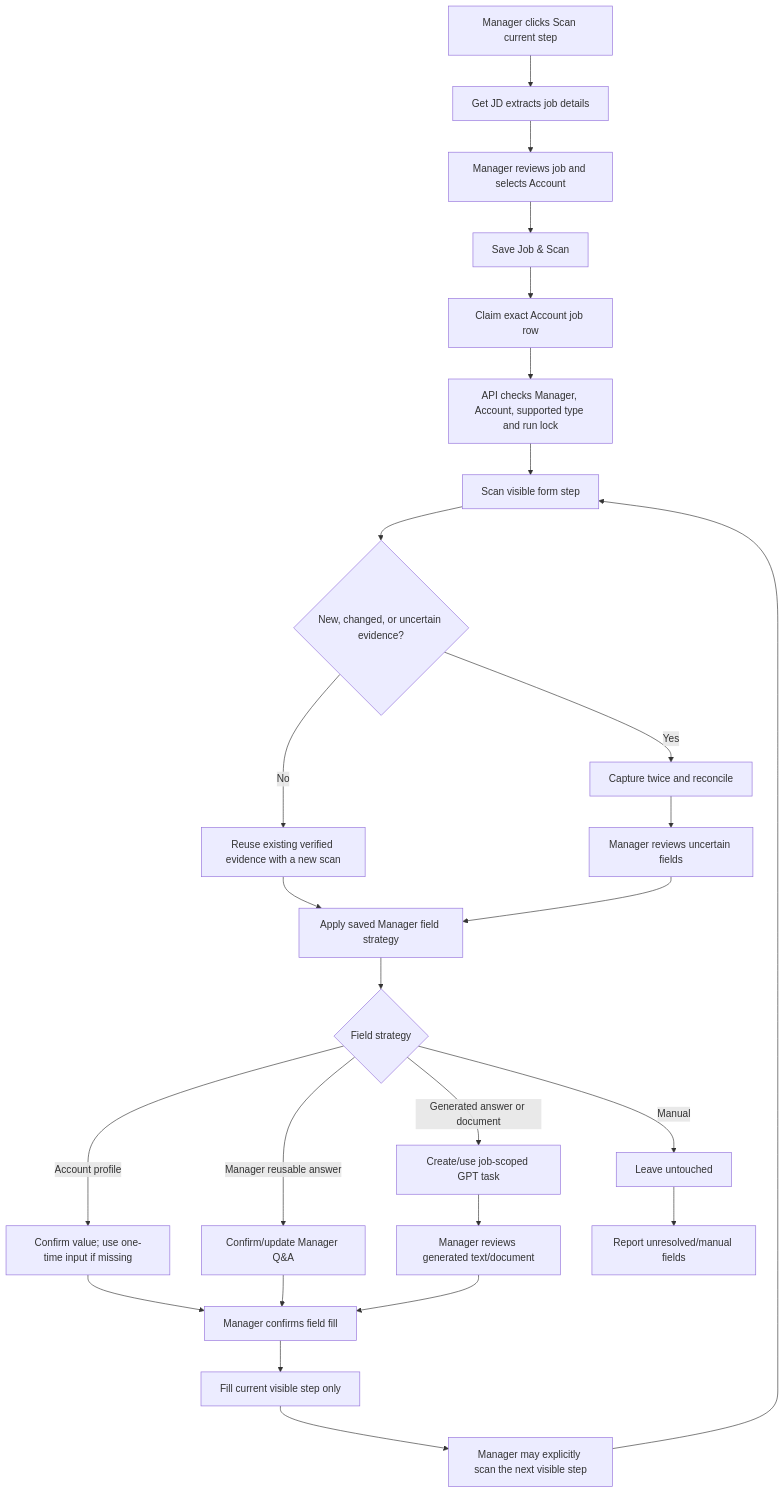
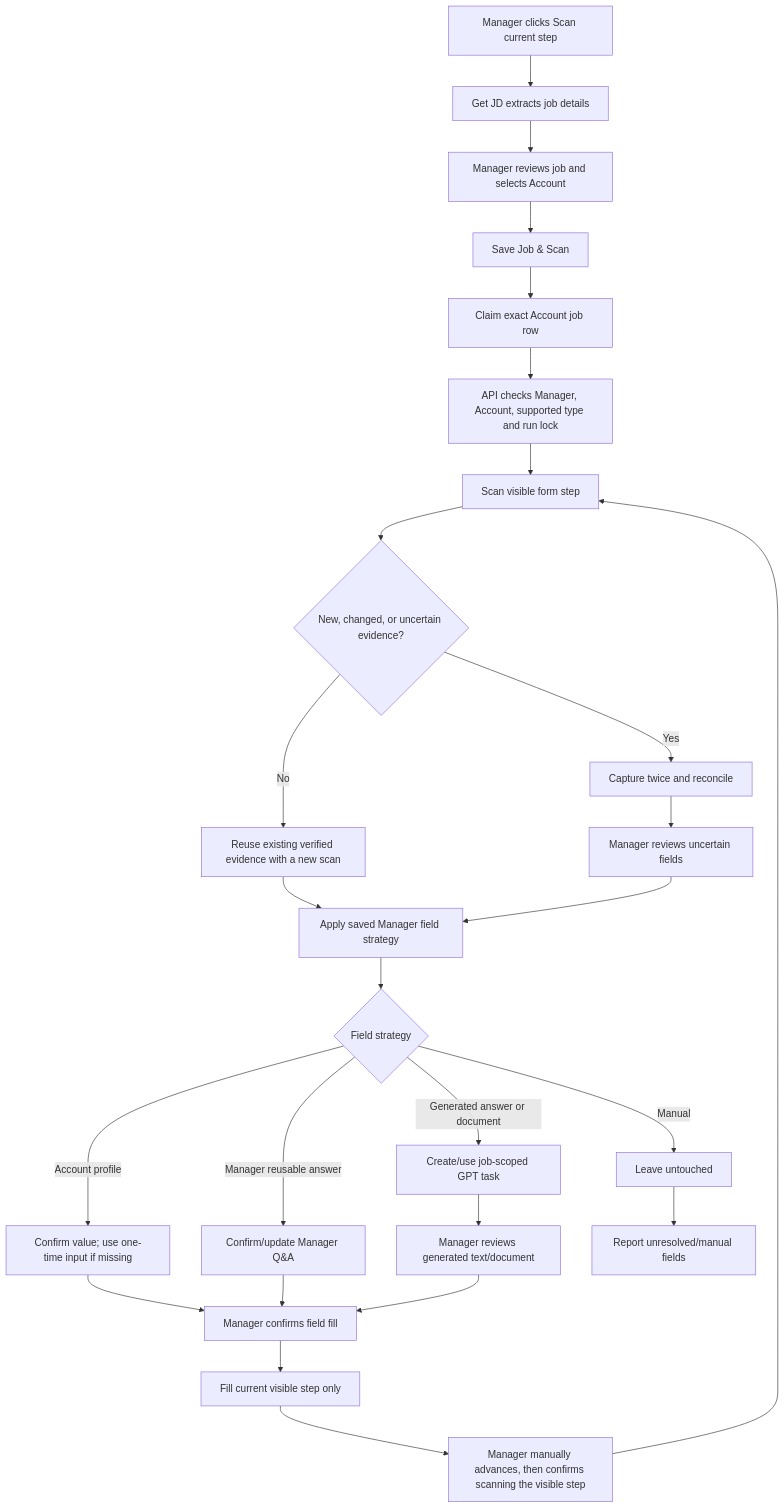
The fifth of 8 diagrams in docs/PROJECT-FEATURES-AND-FLOW.md (passion-programmar/qts-start-up-repository-job-tracking), drawn with Mermaid before and after one commit. The commit also changed other lines of this file and 6 other files, not shown here.

````diff
--- a/docs/PROJECT-FEATURES-AND-FLOW.md
+++ b/docs/PROJECT-FEATURES-AND-FLOW.md
@@ -229,28 +229,28 @@
 ```mermaid
 flowchart TD
     A[Manager clicks Scan current step] --> B[Get JD extracts job details]
     B --> C[Manager reviews job and selects Account]
     C --> D[Save Job & Scan]
     D --> F[Claim exact Account job row]
     F --> G[API checks Manager, Account, supported type and run lock]
     G --> H[Scan visible form step]
     H --> I{New, changed, or uncertain evidence?}
     I -->|Yes| J[Capture twice and reconcile]
     I -->|No| K[Reuse existing verified evidence with a new scan]
     J --> L[Manager reviews uncertain fields]
     K --> M[Apply saved Manager field strategy]
     L --> M
     M --> N{Field strategy}
     N -->|Account profile| O[Confirm value; use one-time input if missing]
     N -->|Manager reusable answer| P[Confirm/update Manager Q&A]
     N -->|Generated answer or document| Q[Create/use job-scoped GPT task]
     N -->|Manual| R[Leave untouched]
     O --> S[Manager confirms field fill]
     P --> S
     Q --> T[Manager reviews generated text/document]
     T --> S
     R --> U[Report unresolved/manual fields]
     S --> V[Fill current visible step only]
-    V --> W[Manager may explicitly scan the next visible step]
+    V --> W[Manager manually advances, then confirms scanning the visible step]
     W --> H
 ```
````
